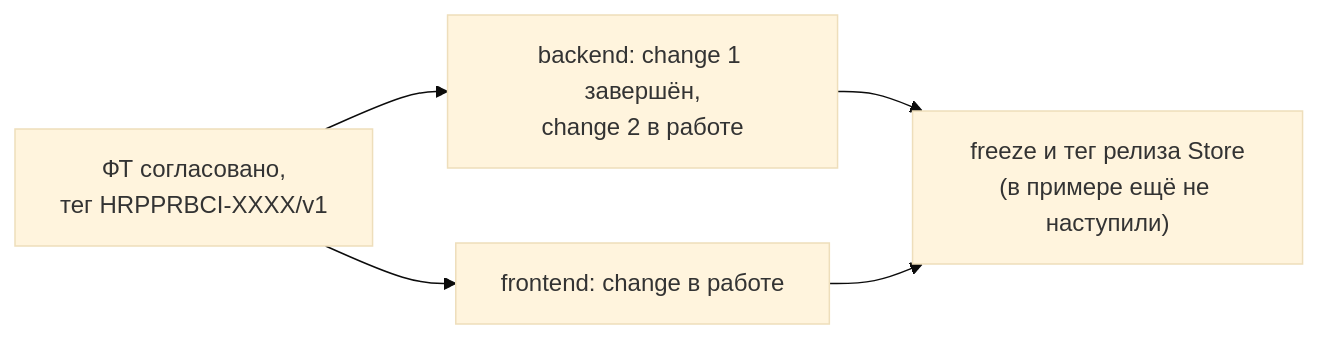
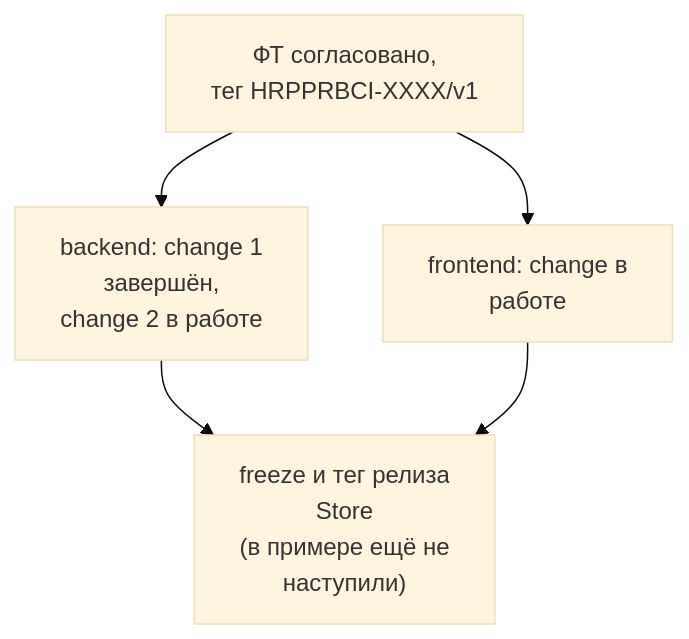
One commit to DanielUsov/SDD-Cookbook changed the diagram in OpenSpec/cases/Sber/example/README.md. Above: the diagram before and after it, drawn with Mermaid (base theme). The commit also changed 21 other files, not shown here.

````diff
--- a/OpenSpec/cases/Sber/example/README.md
+++ b/OpenSpec/cases/Sber/example/README.md
@@ -15,7 +15,7 @@
 ```mermaid
-flowchart LR
-    A["ФТ согласовано,<br/>тег HRPPRBCI-XXXX/v1"] --> B["backend: change 1 завершён,<br/>change 2 в работе"]
-    A --> C["frontend: change в работе"]
-    B --> D["freeze и тег релиза Store<br/>(в примере ещё не наступили)"]
+flowchart TB
+    A["ФТ согласовано,<br/>тег HRPPRBCI-XXXX/v1"] --> B["backend: change 1<br/>завершён,<br/>change 2 в работе"]
+    A --> C["frontend: change в<br/>работе"]
+    B --> D["freeze и тег релиза<br/>Store<br/>(в примере ещё не<br/>наступили)"]
     C --> D
 ```
````
